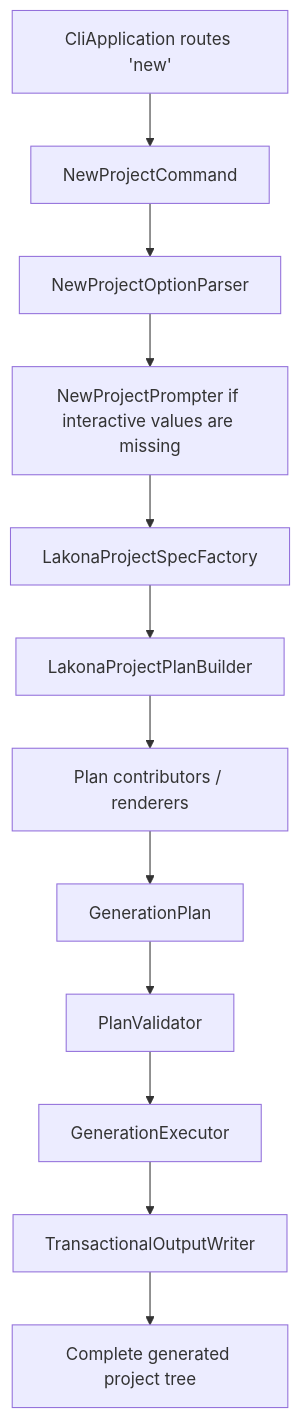
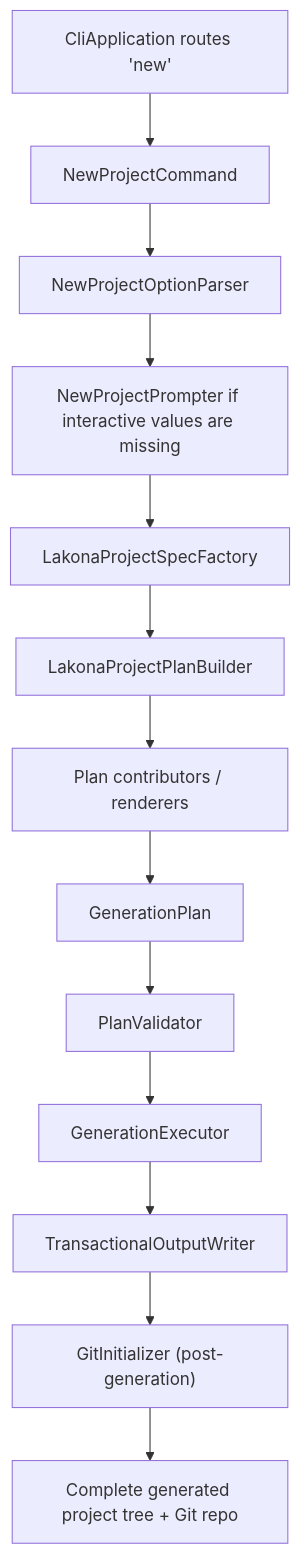
Before and after one commit to bruce48x/Lakona: the diagram in docs/tool/lakona-tool-generation-architecture.md, drawn with Mermaid. The commit also changed other lines of this file and 1 other file, not shown here.

Commit message:
docs: update architecture and default experience for new project guide and Git init

````diff
--- a/docs/tool/lakona-tool-generation-architecture.md
+++ b/docs/tool/lakona-tool-generation-architecture.md
@@ -195,14 +205,15 @@
 ```mermaid
 flowchart TD
     A["CliApplication routes 'new'"] --> B["NewProjectCommand"]
     B --> C["NewProjectOptionParser"]
     C --> D["NewProjectPrompter if interactive values are missing"]
     D --> E["LakonaProjectSpecFactory"]
     E --> F["LakonaProjectPlanBuilder"]
     F --> G["Plan contributors / renderers"]
     G --> H["GenerationPlan"]
     H --> I["PlanValidator"]
     I --> J["GenerationExecutor"]
     J --> K["TransactionalOutputWriter"]
-    K --> L["Complete generated project tree"]
+    K --> L["GitInitializer (post-generation)"]
+    L --> M["Complete generated project tree + Git repo"]
 ```
````
